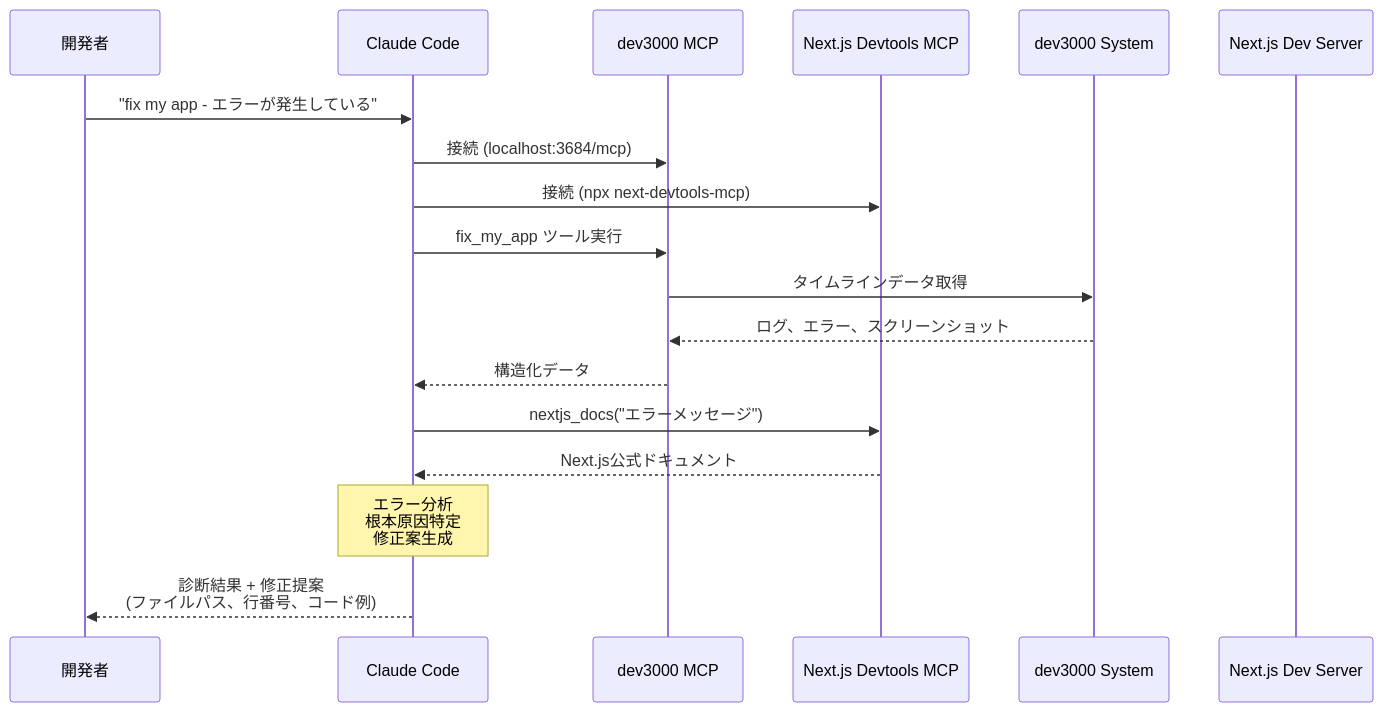
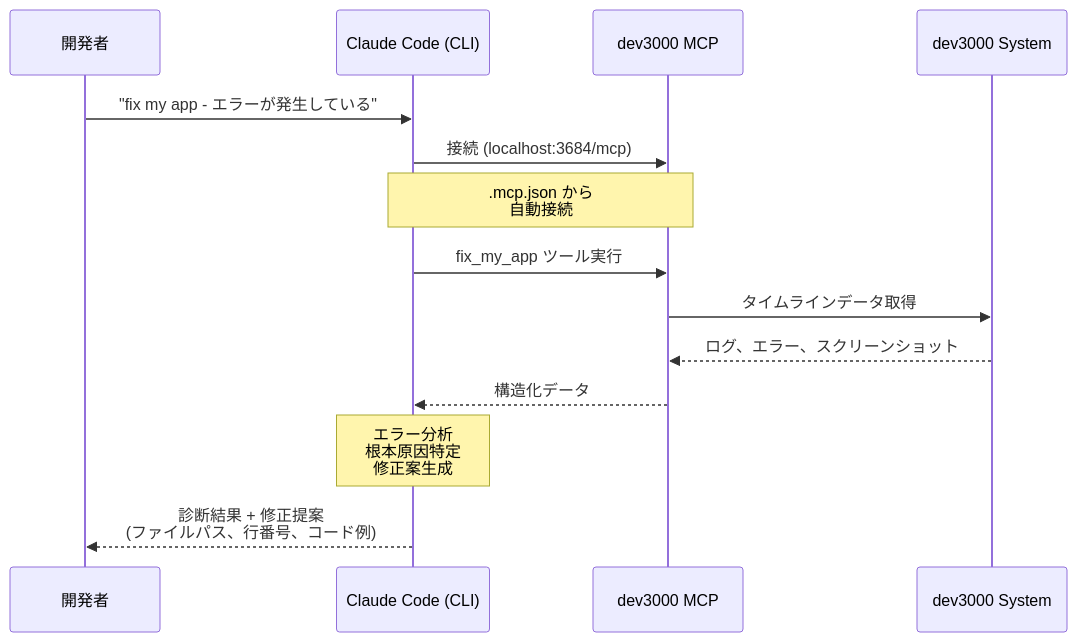
One commit to noriaki/line-miniapp-othello changed the third of 3 diagrams in .kiro/specs/debug-environment/design.md. Above: the diagram before and after it, drawn with Mermaid. The commit also changed other lines of this file and 4 other files, not shown here.

First line of the commit message:
docs(spec): refactor debug-environment spec for Claude Code CLI

````diff
--- a/.kiro/specs/debug-environment/design.md
+++ b/.kiro/specs/debug-environment/design.md
@@ -308,25 +250,21 @@
 ```mermaid
 sequenceDiagram
     participant Dev as 開発者
-    participant Claude as Claude Code
+    participant ClaudeCLI as Claude Code (CLI)
     participant Dev3000MCP as dev3000 MCP
-    participant NextMCP as Next.js Devtools MCP
     participant Dev3000Sys as dev3000 System
-    participant NextServer as Next.js Dev Server
 
-    Dev->>Claude: "fix my app - エラーが発生している"
-    Claude->>Dev3000MCP: 接続 (localhost:3684/mcp)
-    Claude->>NextMCP: 接続 (npx next-devtools-mcp)
+    Dev->>ClaudeCLI: "fix my app - エラーが発生している"
+    ClaudeCLI->>Dev3000MCP: 接続 (localhost:3684/mcp)
 
-    Claude->>Dev3000MCP: fix_my_app ツール実行
+    Note over ClaudeCLI,Dev3000MCP: .mcp.json から<br/>自動接続
+
+    ClaudeCLI->>Dev3000MCP: fix_my_app ツール実行
     Dev3000MCP->>Dev3000Sys: タイムラインデータ取得
     Dev3000Sys-->>Dev3000MCP: ログ、エラー、スクリーンショット
-    Dev3000MCP-->>Claude: 構造化データ
+    Dev3000MCP-->>ClaudeCLI: 構造化データ
 
-    Claude->>NextMCP: nextjs_docs("エラーメッセージ")
-    NextMCP-->>Claude: Next.js公式ドキュメント
+    Note over ClaudeCLI: エラー分析<br/>根本原因特定<br/>修正案生成
 
-    Note over Claude: エラー分析<br/>根本原因特定<br/>修正案生成
-
-    Claude-->>Dev: 診断結果 + 修正提案<br/>(ファイルパス、行番号、コード例)
+    ClaudeCLI-->>Dev: 診断結果 + 修正提案<br/>(ファイルパス、行番号、コード例)
 ```
````
